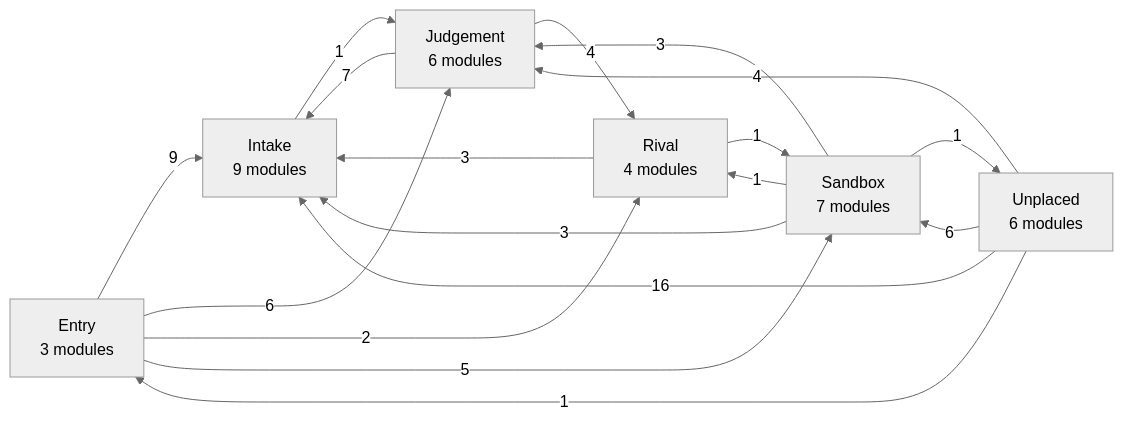
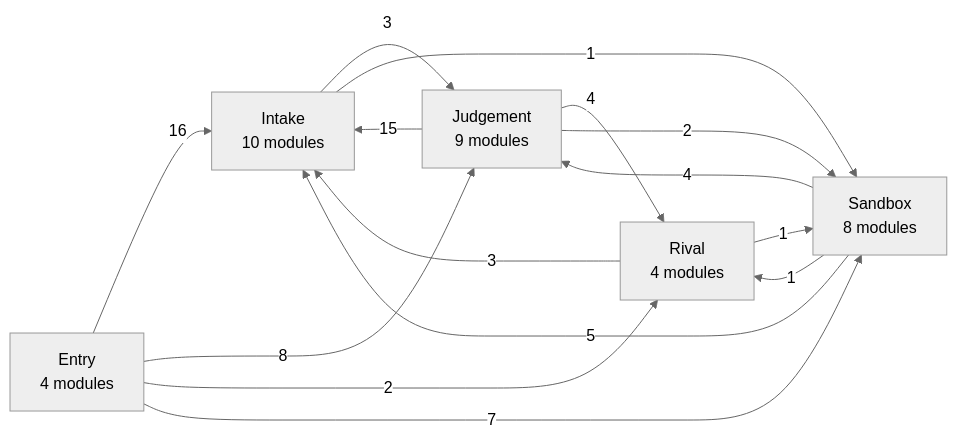
The second of 8 diagrams in docs/harita.md (Okan-wqm/snowball-mcp), drawn with Mermaid (neutral theme) before and after one commit. The commit also changed other lines of this file and 17 other files, not shown here.

````diff
--- a/docs/harita.md
+++ b/docs/harita.md
@@ -93,26 +93,22 @@
 ```mermaid
 flowchart LR
-  a_Entry["Entry<br/>3 modules"]
-  a_Intake["Intake<br/>9 modules"]
-  a_Sandbox["Sandbox<br/>7 modules"]
+  a_Entry["Entry<br/>4 modules"]
+  a_Intake["Intake<br/>10 modules"]
+  a_Sandbox["Sandbox<br/>8 modules"]
   a_Rival["Rival<br/>4 modules"]
-  a_Judgement["Judgement<br/>6 modules"]
-  a_Unplaced["Unplaced<br/>6 modules"]
-  a_Entry -->|9| a_Intake
-  a_Entry -->|6| a_Judgement
+  a_Judgement["Judgement<br/>9 modules"]
+  a_Entry -->|16| a_Intake
+  a_Entry -->|8| a_Judgement
   a_Entry -->|2| a_Rival
-  a_Entry -->|5| a_Sandbox
-  a_Intake -->|1| a_Judgement
-  a_Judgement -->|7| a_Intake
+  a_Entry -->|7| a_Sandbox
+  a_Intake -->|3| a_Judgement
+  a_Intake -->|1| a_Sandbox
+  a_Judgement -->|15| a_Intake
   a_Judgement -->|4| a_Rival
+  a_Judgement -->|2| a_Sandbox
   a_Rival -->|3| a_Intake
   a_Rival -->|1| a_Sandbox
-  a_Sandbox -->|3| a_Intake
-  a_Sandbox -->|3| a_Judgement
+  a_Sandbox -->|5| a_Intake
+  a_Sandbox -->|4| a_Judgement
   a_Sandbox -->|1| a_Rival
-  a_Sandbox -->|1| a_Unplaced
-  a_Unplaced -->|1| a_Entry
-  a_Unplaced -->|16| a_Intake
-  a_Unplaced -->|4| a_Judgement
-  a_Unplaced -->|6| a_Sandbox
 ```
````
